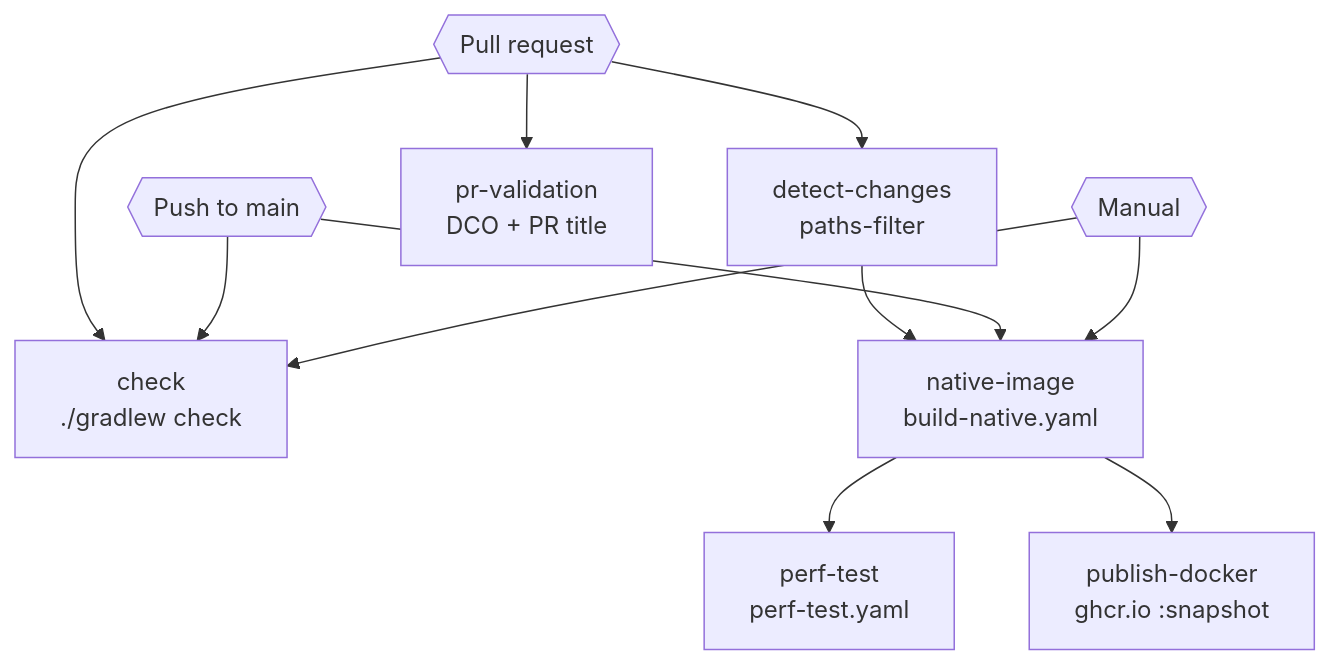
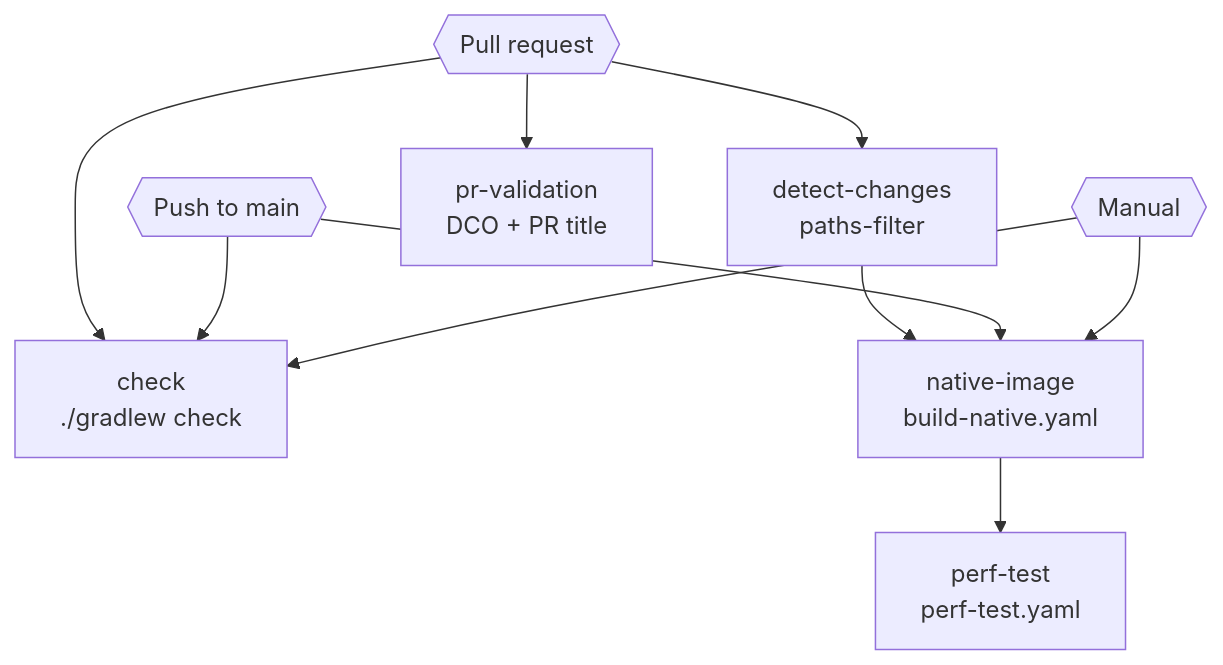
Before and after one commit to vulnlog/vulnlog: the first of 3 diagrams in devdoc/GitHub-Action-Pipelines.md, drawn with Mermaid. The commit also changed other lines of this file and 9 other files, not shown here.

````diff
--- a/devdoc/GitHub-Action-Pipelines.md
+++ b/devdoc/GitHub-Action-Pipelines.md
@@ -20,16 +21,15 @@
 ```mermaid
 flowchart TD
     PR{{Pull request}}
     PUSH{{Push to main}}
     DISP{{Manual}}
     PR --> PRV[pr-validation<br/>DCO + PR title]
     PR --> DC[detect-changes<br/>paths-filter]
     PR --> CHK[check<br/>./gradlew check]
     PUSH --> CHK
     DISP --> CHK
     DC --> NI[native-image<br/>build-native.yaml]
     PUSH --> NI
     DISP --> NI
     NI --> PT[perf-test<br/>perf-test.yaml]
-    NI --> PD[publish-docker<br/>ghcr.io :snapshot]
 ```
````
